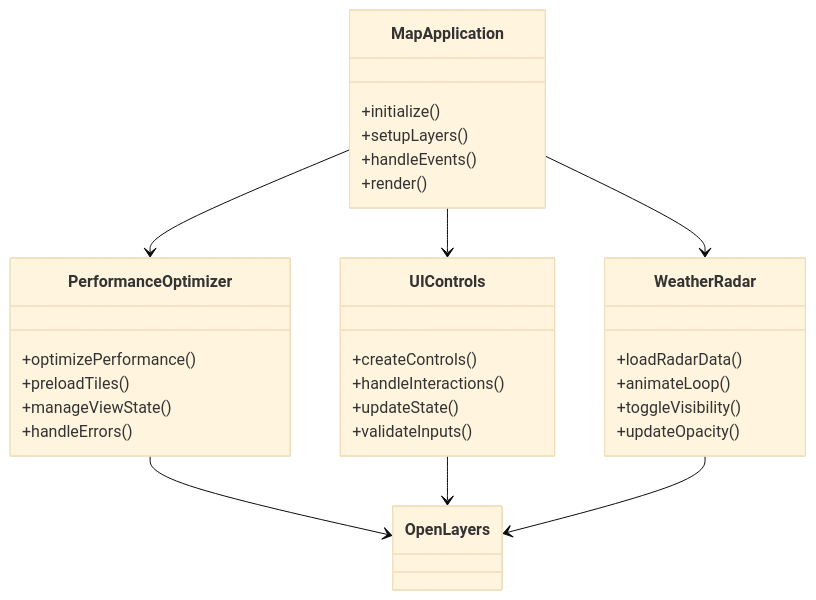
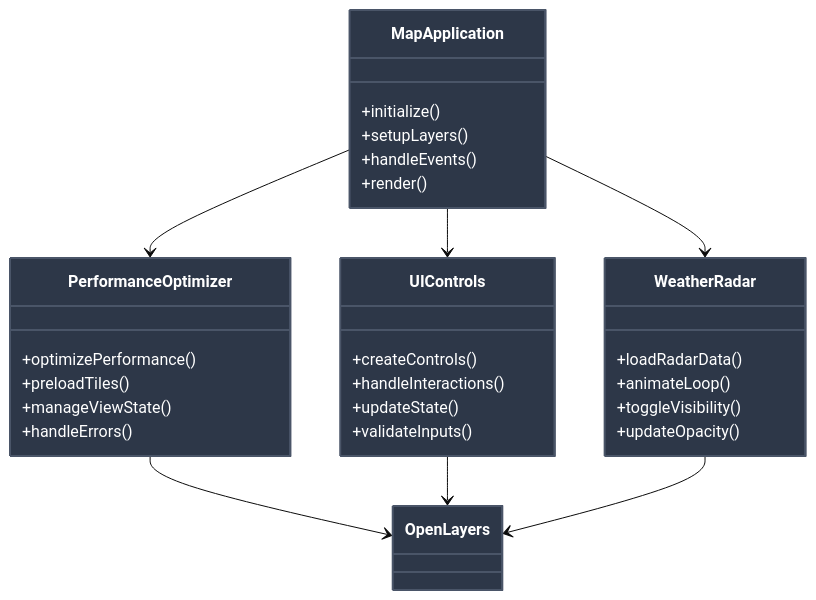
Before and after one commit to hkevin01/Layers-Radar-States-Streets: the fourth of 9 diagrams in README.md, drawn with Mermaid (base theme). The commit also changed other lines of this file, not shown here.

Commit message:
refactor: Standardize diagram styles for improved visual consistency

````diff
--- a/README.md
+++ b/README.md
@@ -135,37 +169,45 @@
 ```mermaid
 classDiagram
     class MapApplication {
         +initialize()
         +setupLayers()
         +handleEvents()
         +render()
     }
 
     class PerformanceOptimizer {
         +optimizePerformance()
         +preloadTiles()
         +manageViewState()
         +handleErrors()
     }
 
     class UIControls {
         +createControls()
         +handleInteractions()
         +updateState()
         +validateInputs()
     }
 
     class WeatherRadar {
         +loadRadarData()
         +animateLoop()
         +toggleVisibility()
         +updateOpacity()
     }
 
     MapApplication --> PerformanceOptimizer
     MapApplication --> UIControls
     MapApplication --> WeatherRadar
     PerformanceOptimizer --> OpenLayers
     UIControls --> OpenLayers
     WeatherRadar --> OpenLayers
+
+    class MapApplication:::darkBox
+    class PerformanceOptimizer:::darkBox
+    class UIControls:::darkBox
+    class WeatherRadar:::darkBox
+    class OpenLayers:::darkBox
+
+    classDef darkBox fill:#2d3748,stroke:#4a5568,stroke-width:2px,color:#ffffff
 ```
````
